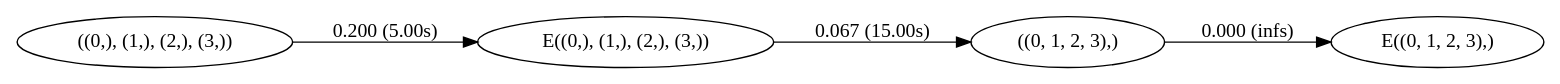
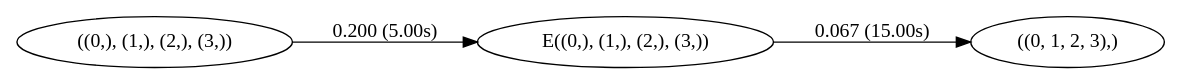
Before and after one commit to scj7t4/NetEmu: the diagram in result100.gv, drawn with Graphviz. The commit also changed 21 other files, not shown here.

```diff
--- a/result100.gv
+++ b/result100.gv
@@ -1,6 +1,5 @@
 digraph markov_chain { 
 rankdir=LR;
 "((0,), (1,), (2,), (3,))" -> "E((0,), (1,), (2,), (3,))" [ label = "0.200 (5.00s)" ]; 
 "E((0,), (1,), (2,), (3,))" -> "((0, 1, 2, 3),)" [label = "0.067 (15.00s)" ]; 
-"((0, 1, 2, 3),)" -> "E((0, 1, 2, 3),)" [ label = "0.000 (infs)" ]; 
 }
```
